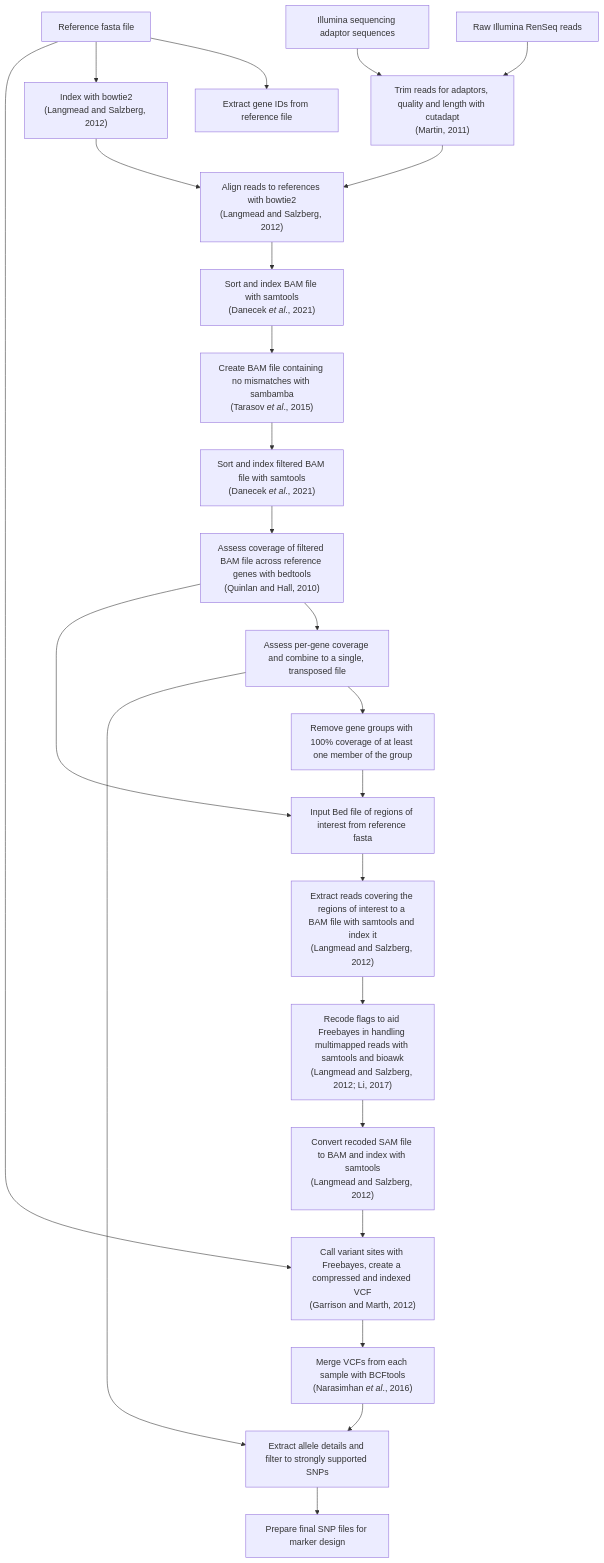
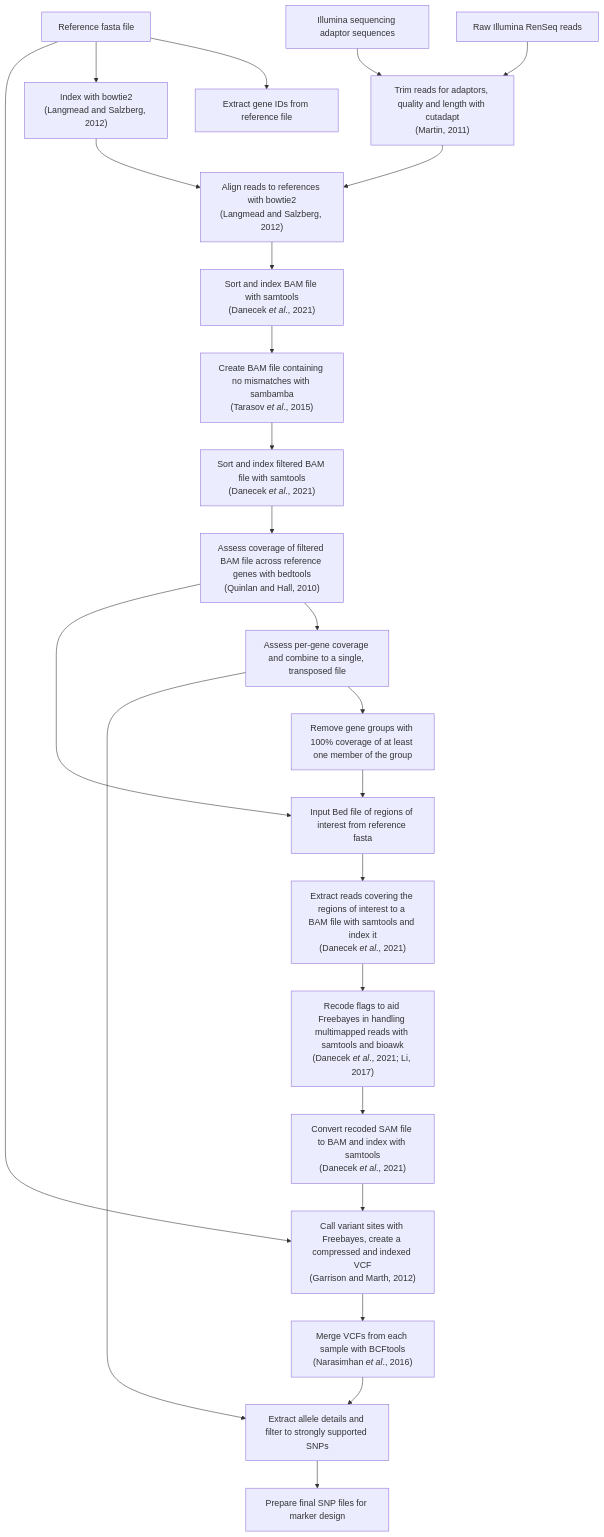
One commit to SwiftSeal/HISS changed the diagram in drenseq/README.md. Above: the diagram before and after it, drawn with Mermaid.

Commit message:
Corrects citation for samtools

````diff
--- a/drenseq/README.md
+++ b/drenseq/README.md
@@ -57,47 +57,47 @@
 ```mermaid
 graph TD
 Box1["Reference fasta file"]
 Box2["Extract gene IDs from reference file"]
 Box1-->Box2
 Box3["Raw Illumina RenSeq reads"]
 Box4["Illumina sequencing adaptor sequences"]
 Box5["Trim reads for adaptors, quality and length with cutadapt<br />(Martin, 2011)"]
 Box3-->Box5
 Box4-->Box5
 Box6["Index with bowtie2<br />(Langmead and Salzberg, 2012)"]
 Box1-->Box6
 Box7["Align reads to references with bowtie2<br />(Langmead and Salzberg, 2012)"]
 Box6-->Box7
 Box5-->Box7
 Box8["Sort and index BAM file with samtools<br />(Danecek <i>et al</i>., 2021)"]
 Box7-->Box8
 Box9["Create BAM file containing no mismatches with sambamba<br />(Tarasov <i>et al</i>., 2015)"]
 Box8-->Box9
 Box10["Sort and index filtered BAM file with samtools<br />(Danecek <i>et al</i>., 2021)"]
 Box9-->Box10
 Box11["Assess coverage of filtered BAM file across reference genes with bedtools<br />(Quinlan and Hall, 2010)"]
 Box10-->Box11
 Box12["Assess per-gene coverage and combine to a single, transposed file"]
 Box11-->Box12
 Box13["Remove gene groups with 100% coverage of at least one member of the group"]
 Box12-->Box13
 Box14["Input Bed file of regions of interest from reference fasta"]
 Box11-->Box14
 Box13-->Box14
-Box15["Extract reads covering the regions of interest to a BAM file with samtools and index it<br />(Langmead and Salzberg, 2012)"]
+Box15["Extract reads covering the regions of interest to a BAM file with samtools and index it<br />(Danecek <i>et al</i>., 2021)"]
 Box14-->Box15
-Box16["Recode flags to aid Freebayes in handling multimapped reads with samtools and bioawk<br />(Langmead and Salzberg, 2012; Li, 2017)"]
+Box16["Recode flags to aid Freebayes in handling multimapped reads with samtools and bioawk<br />(Danecek <i>et al</i>., 2021; Li, 2017)"]
 Box15-->Box16
-Box17["Convert recoded SAM file to BAM and index with samtools<br />(Langmead and Salzberg, 2012)"]
+Box17["Convert recoded SAM file to BAM and index with samtools<br />(Danecek <i>et al</i>., 2021)"]
 Box16-->Box17
 Box18["Call variant sites with Freebayes, create a compressed and indexed VCF<br />(Garrison and Marth, 2012)"]
 Box17-->Box18
 Box1-->Box18
 Box19["Merge VCFs from each sample with BCFtools<br />(Narasimhan <i>et al</i>., 2016)"]
 Box18-->Box19
 Box20["Extract allele details and filter to strongly supported SNPs"]
 Box19-->Box20
 Box12-->Box20
 Box21["Prepare final SNP files for marker design"]
 Box20-->Box21
 ```
````
